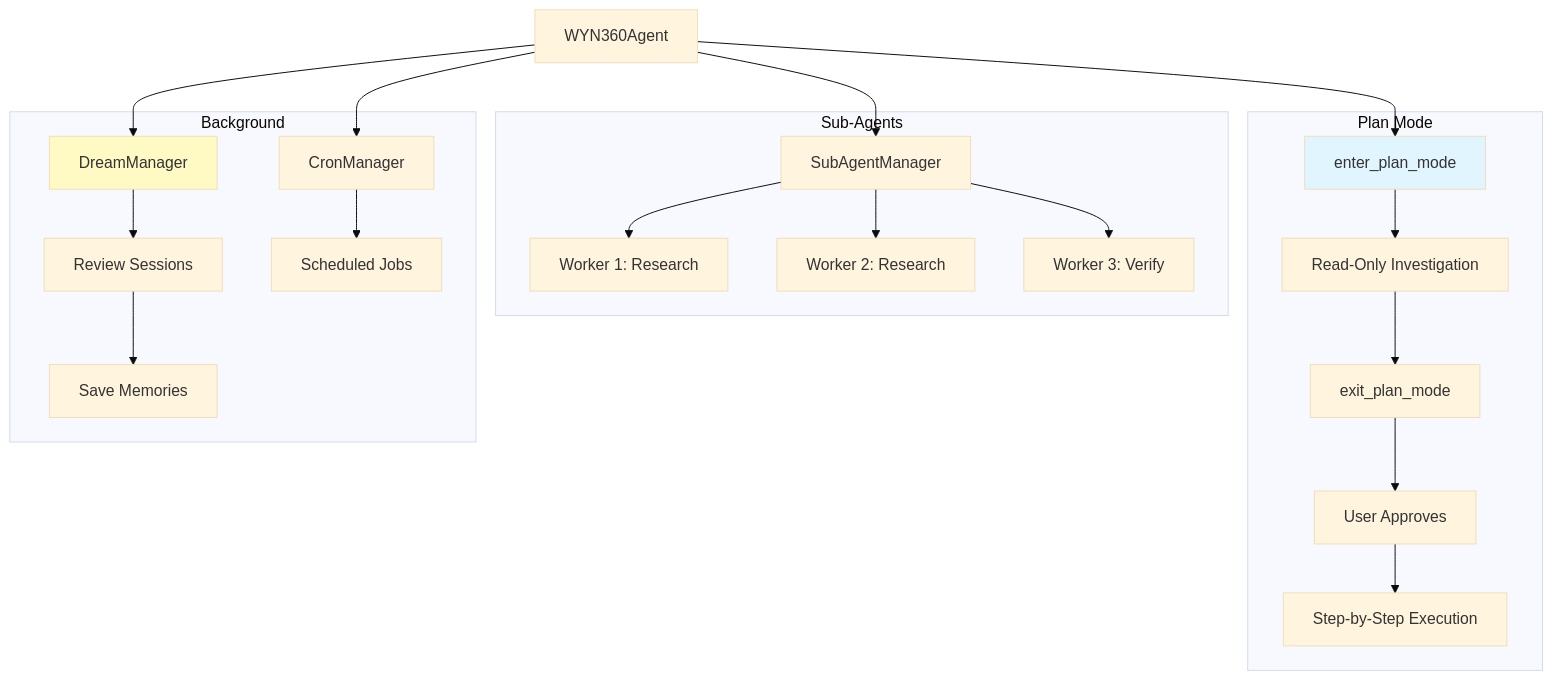
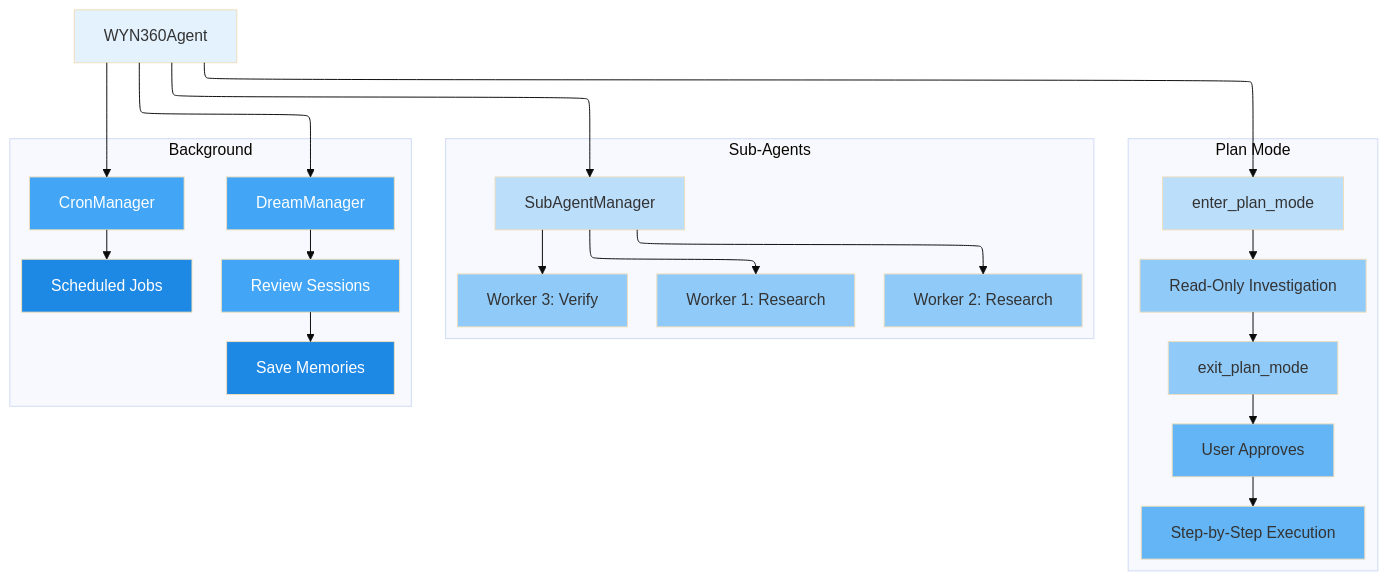
The third of 4 diagrams in docusaurus-docs/docs/architecture/system.md (yiqiao-yin/wyn360-cli), drawn with Mermaid (base theme) before and after one commit. The commit also changed other lines of this file and 1 other file, not shown here.

First line of the commit message:
style: Add ELK layout and blue gradient to all Mermaid diagrams

````diff
--- a/docusaurus-docs/docs/architecture/system.md
+++ b/docusaurus-docs/docs/architecture/system.md
@@ -159,29 +195,46 @@
 ```mermaid
+---
+config:
+  layout: elk
+---
 graph TB
     Agent[WYN360Agent] --> Planner
     Agent --> SubAgent
     Agent --> Dream
     Agent --> Cron
 
     subgraph "Plan Mode"
         Planner[enter_plan_mode] --> Investigate[Read-Only Investigation]
         Investigate --> Exit[exit_plan_mode]
         Exit --> Approve[User Approves]
         Approve --> Execute[Step-by-Step Execution]
     end
 
     subgraph "Sub-Agents"
         SubAgent[SubAgentManager] --> W1[Worker 1: Research]
         SubAgent --> W2[Worker 2: Research]
         SubAgent --> W3[Worker 3: Verify]
     end
 
     subgraph "Background"
         Dream[DreamManager] --> Consolidate[Review Sessions]
         Consolidate --> SaveMem[Save Memories]
         Cron[CronManager] --> Jobs[Scheduled Jobs]
     end
 
-    style Planner fill:#e1f5ff
-    style Dream fill:#fff9c4
+    style Agent fill:#e3f2fd
+    style Planner fill:#bbdefb
+    style Investigate fill:#90caf9
+    style Exit fill:#90caf9
+    style Approve fill:#64b5f6
+    style Execute fill:#64b5f6
+    style SubAgent fill:#bbdefb
+    style W1 fill:#90caf9
+    style W2 fill:#90caf9
+    style W3 fill:#90caf9
+    style Dream fill:#42a5f5,color:#fff
+    style Consolidate fill:#42a5f5,color:#fff
+    style SaveMem fill:#1e88e5,color:#fff
+    style Cron fill:#42a5f5,color:#fff
+    style Jobs fill:#1e88e5,color:#fff
 ```
````
